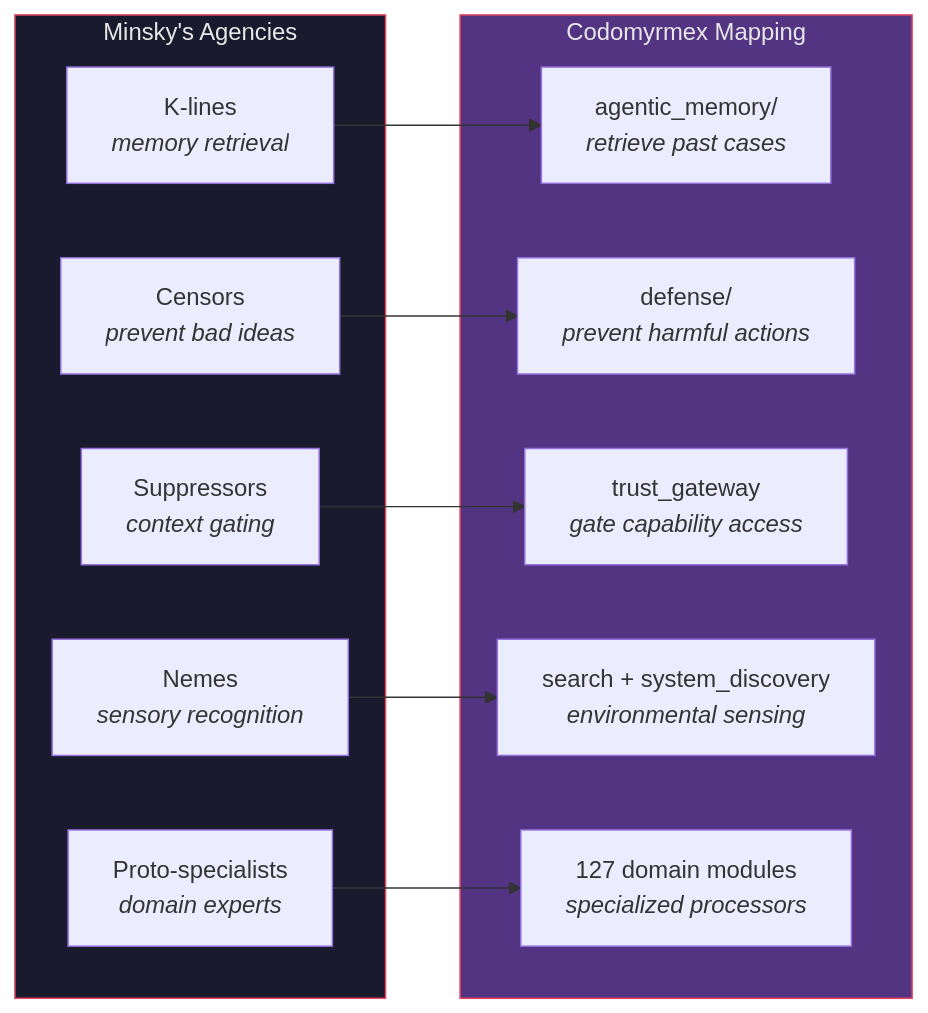
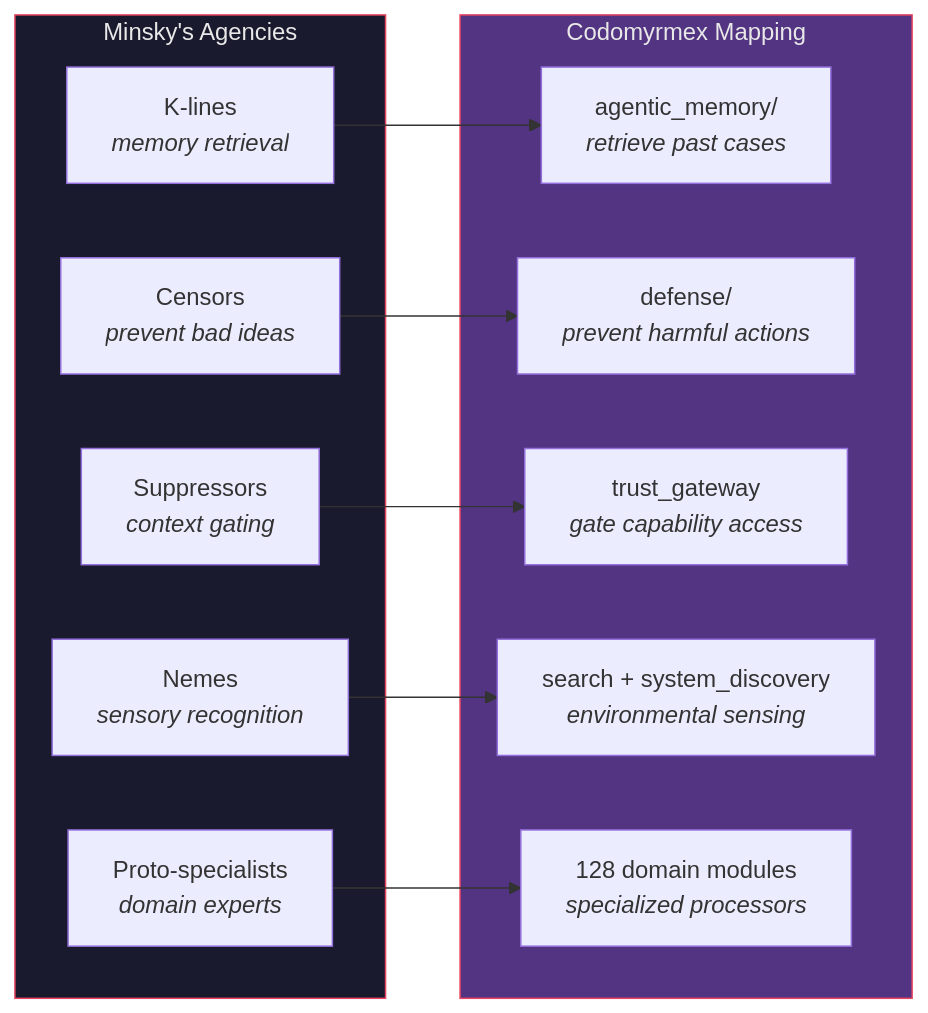
One commit to docxology/codomyrmex changed the second of 2 diagrams in docs/agi/the_colony_thesis.md. Above: the diagram before and after it, drawn with Mermaid. The commit also changed other lines of this file and 2486 other files, not shown here.

````diff
--- a/docs/agi/the_colony_thesis.md
+++ b/docs/agi/the_colony_thesis.md
@@ -166,27 +166,27 @@
 ```mermaid
 graph LR
     subgraph MINSKY["Minsky's Agencies"]
         K_LINE["K-lines<br/><i>memory retrieval</i>"]
         CENSOR["Censors<br/><i>prevent bad ideas</i>"]
         SUPPRESSOR["Suppressors<br/><i>context gating</i>"]
         NEME["Nemes<br/><i>sensory recognition</i>"]
         PROTO["Proto-specialists<br/><i>domain experts</i>"]
     end
 
     subgraph CDM_MAP["Codomyrmex Mapping"]
         AMEM2["agentic_memory/<br/><i>retrieve past cases</i>"]
         DEFENSE2["defense/<br/><i>prevent harmful actions</i>"]
         TRUST2["trust_gateway<br/><i>gate capability access</i>"]
         SEARCH2["search + system_discovery<br/><i>environmental sensing</i>"]
-        MODULES2["127 domain modules<br/><i>specialized processors</i>"]
+        MODULES2["128 domain modules<br/><i>specialized processors</i>"]
     end
 
     K_LINE --> AMEM2
     CENSOR --> DEFENSE2
     SUPPRESSOR --> TRUST2
     NEME --> SEARCH2
     PROTO --> MODULES2
 
     style MINSKY fill:#1a1a2e,stroke:#e94560,color:#e8e8e8
     style CDM_MAP fill:#533483,stroke:#e94560,color:#e8e8e8
 ```
````
